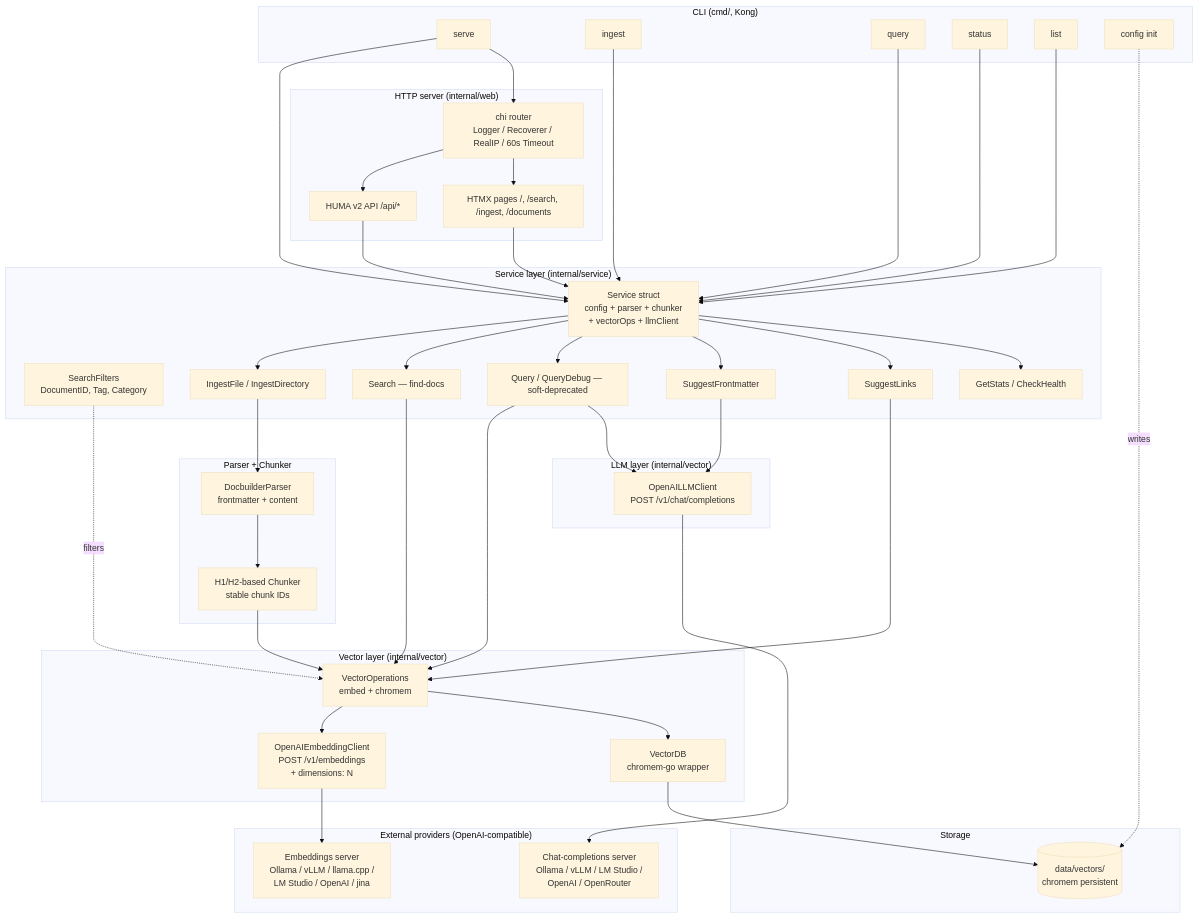
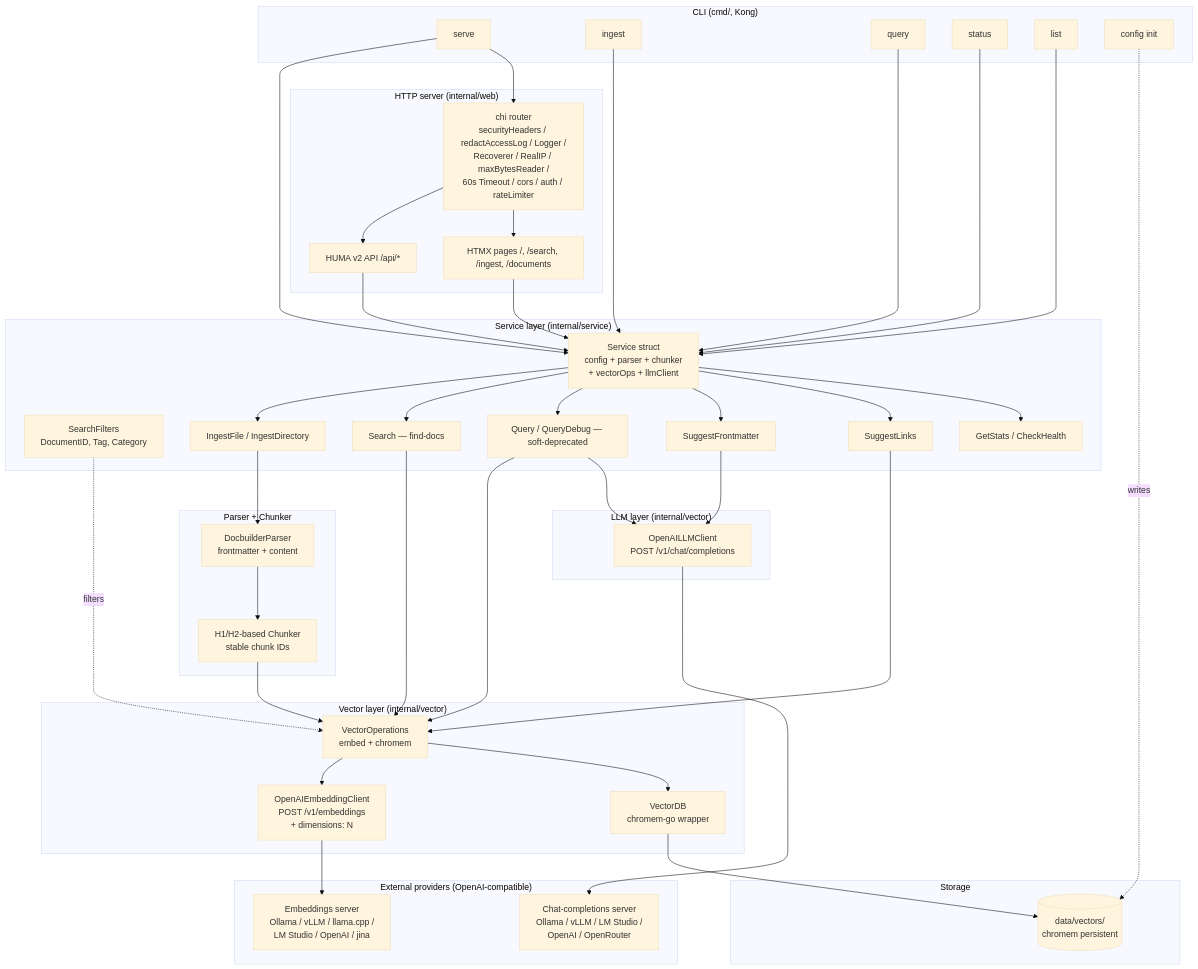
One commit to inful/ragabast changed the diagram in plans/architecture.md. Above: the diagram before and after it, drawn with Mermaid (base theme). The commit also changed other lines of this file and 3 other files, not shown here.

First line of the commit message:
docs: update README, architecture, ingestion, add SECURITY.md

````diff
--- a/plans/architecture.md
+++ b/plans/architecture.md
@@ -9,82 +9,82 @@
 ```mermaid
 graph TB
     subgraph "CLI (cmd/, Kong)"
         serve[serve]
         ingest[ingest]
         query[query]
         status[status]
         list[list]
         config[config init]
     end
 
     subgraph "Service layer (internal/service)"
         service[Service struct<br/>config + parser + chunker<br/>+ vectorOps + llmClient]
         searchFilters[SearchFilters<br/>DocumentID, Tag, Category]
         ingestFn[IngestFile / IngestDirectory]
         searchFn[Search — find-docs]
         queryFn[Query / QueryDebug — soft-deprecated]
         frontmatterFn[SuggestFrontmatter]
         linksFn[SuggestLinks]
         statsFn[GetStats / CheckHealth]
     end
 
     subgraph "Parser + Chunker"
         parser[DocbuilderParser<br/>frontmatter + content]
         chunker[H1/H2-based Chunker<br/>stable chunk IDs]
     end
 
     subgraph "Vector layer (internal/vector)"
         ops[VectorOperations<br/>embed + chromem]
         db[VectorDB<br/>chromem-go wrapper]
         embed[OpenAIEmbeddingClient<br/>POST /v1/embeddings<br/>+ dimensions: N]
     end
 
     subgraph "LLM layer (internal/vector)"
         llm[OpenAILLMClient<br/>POST /v1/chat/completions]
     end
 
     subgraph "Storage"
         vectorsDir[(data/vectors/<br/>chromem persistent)]
     end
 
     subgraph "HTTP server (internal/web)"
-        chi[chi router<br/>Logger / Recoverer / RealIP / 60s Timeout]
+        chi[chi router<br/>securityHeaders / redactAccessLog / Logger /<br/>Recoverer / RealIP / maxBytesReader /<br/>60s Timeout / cors / auth / rateLimiter]
         huma[HUMA v2 API /api/*]
         pages[HTMX pages /, /search, /ingest, /documents]
     end
 
     subgraph "External providers (OpenAI-compatible)"
         embProv[Embeddings server<br/>Ollama / vLLM / llama.cpp /<br/>LM Studio / OpenAI / jina]
         chatProv[Chat-completions server<br/>Ollama / vLLM / LM Studio /<br/>OpenAI / OpenRouter]
     end
 
     serve --> service
     ingest --> service
     query --> service
     status --> service
     list --> service
     config -. writes .-> vectorsDir
 
     service --> ingestFn
     service --> searchFn
     service --> queryFn
     service --> frontmatterFn
     service --> linksFn
     service --> statsFn
 
     ingestFn --> parser --> chunker --> ops --> embed --> embProv
     searchFn --> ops
     queryFn --> ops
     queryFn --> llm --> chatProv
     frontmatterFn --> llm
     linksFn --> ops
     searchFilters -. filters .-> ops
 
     ops --> db --> vectorsDir
 
     serve --> chi
     chi --> huma
     chi --> pages
     huma --> service
     pages --> service
 ```
````
